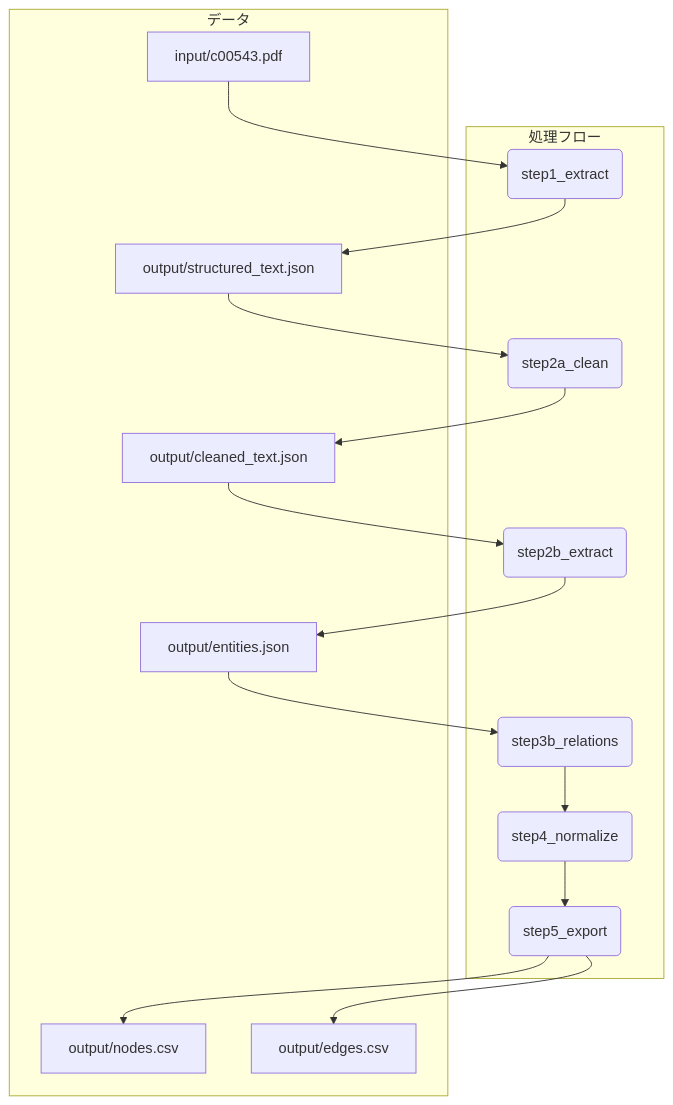
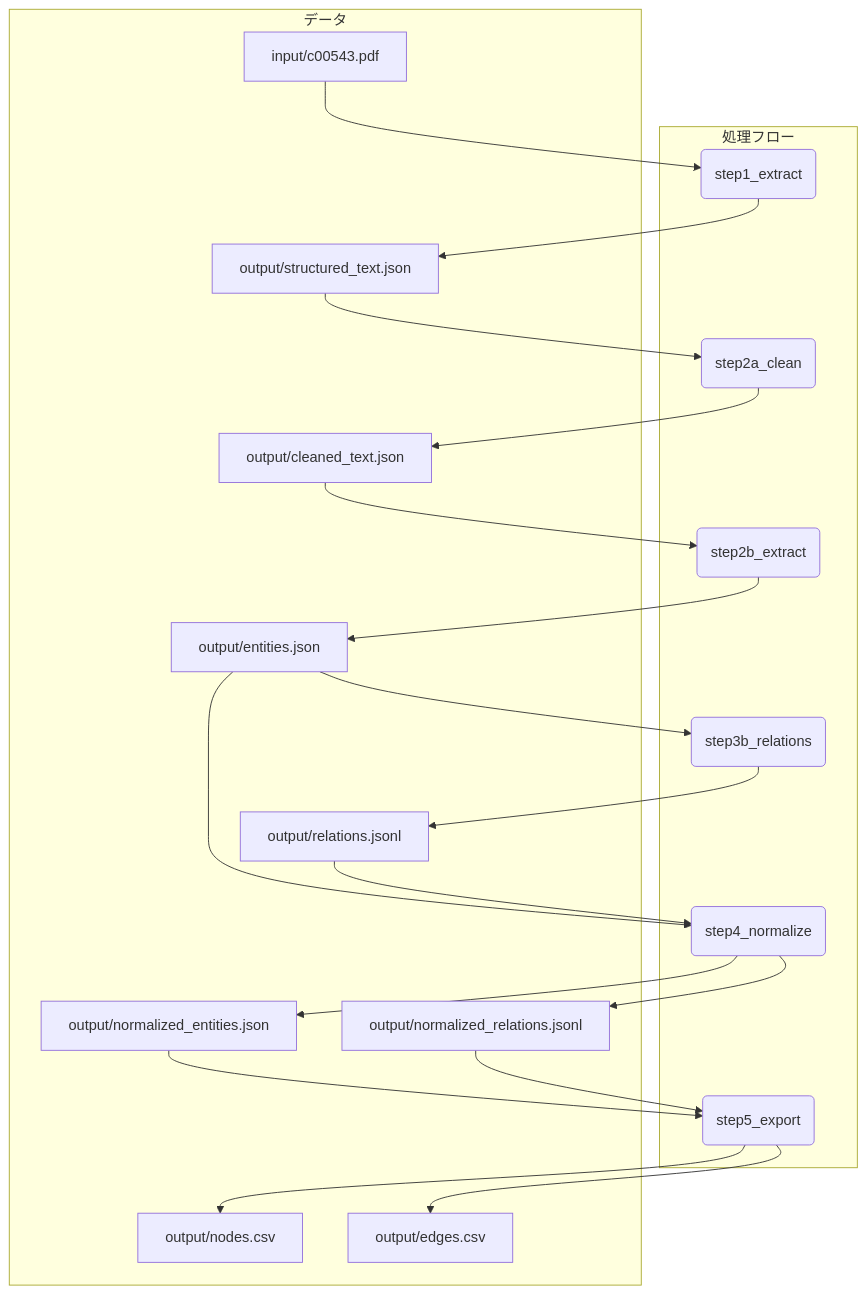
Before and after one commit to fk506cni/med-graph-gen: the diagram in README.md, drawn with Mermaid. The commit also changed other lines of this file and 8 other files, not shown here.

````diff
--- a/README.md
+++ b/README.md
@@ -46,30 +47,36 @@
 ```mermaid
 graph TD;
     A[input/c00543.pdf] --> B(step1_extract.py);
     B --> C[output/structured_text.json];
     C --> D(step2a_clean_text.py);
     D --> E[output/cleaned_text.json];
     E --> F(step2b_extract_entities.py);
     F --> G[output/entities.json];
+    G --> H(step3b_llm_based_relations.py);
+    H --> I[output/relations.jsonl];
 
-    G --> H2(step3b_llm_based_relations.py);
+    G --> J(step4_normalize.py);
+    I --> J;
 
-    H2 --> I(step4_normalize.py);
+    J --> K[output/normalized_entities.json];
+    J --> L[output/normalized_relations.jsonl];
 
-    I --> J(step5_export.py);
-    J --> K[output/nodes.csv];
-    J --> L[output/edges.csv];
+    K --> M(step5_export.py);
+    L --> M;
+
+    M --> N[output/nodes.csv];
+    M --> O[output/edges.csv];
 
     subgraph "処理フロー"
         B(step1_extract)
         D(step2a_clean)
         F(step2b_extract)
-        H2(step3b_relations)
-        I(step4_normalize)
-        J(step5_export)
+        H(step3b_relations)
+        J(step4_normalize)
+        M(step5_export)
     end
 
     subgraph "データ"
-        A; C; E; G; K; L;
+        A; C; E; G; I; K; L; N; O;
     end
 ```
````
